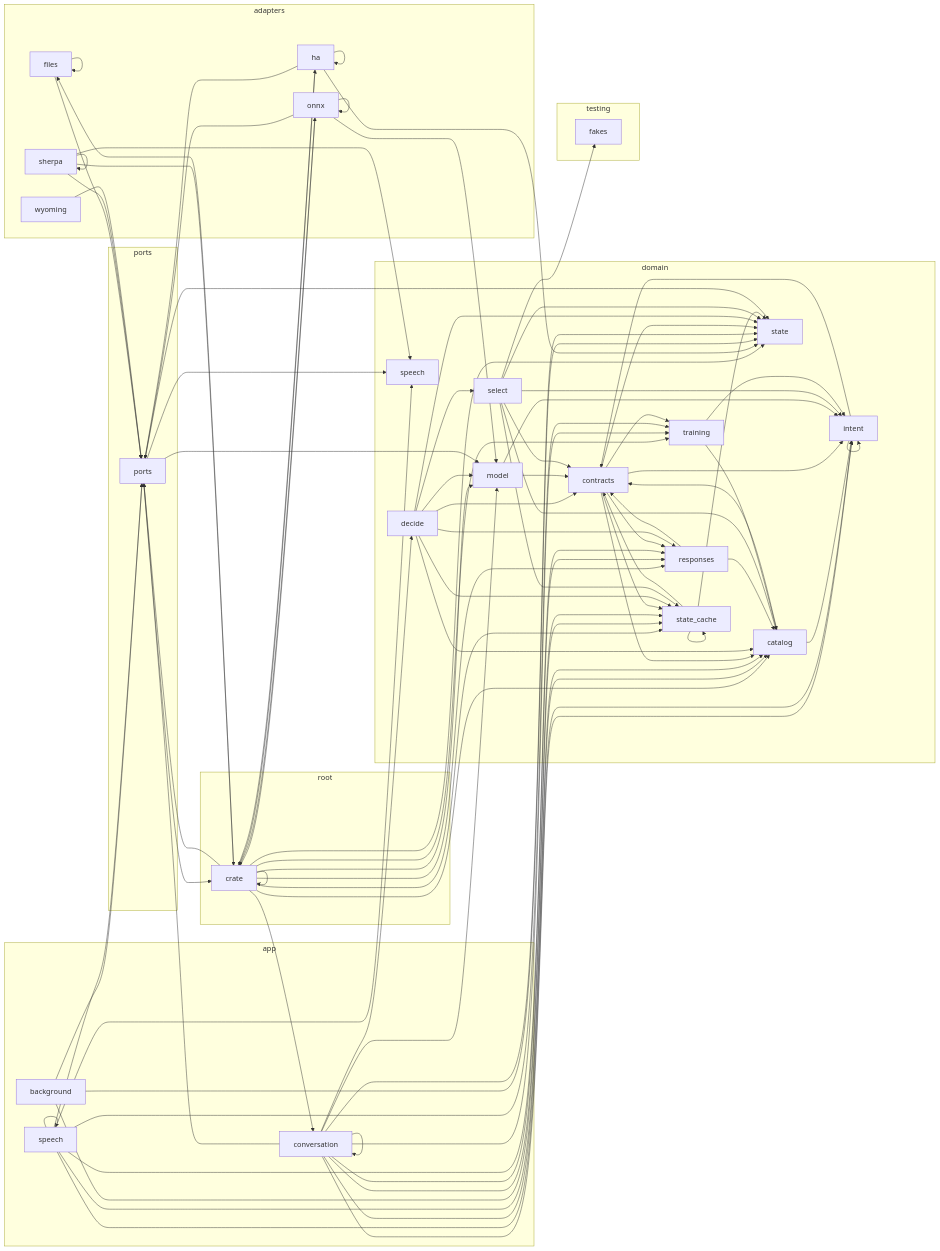
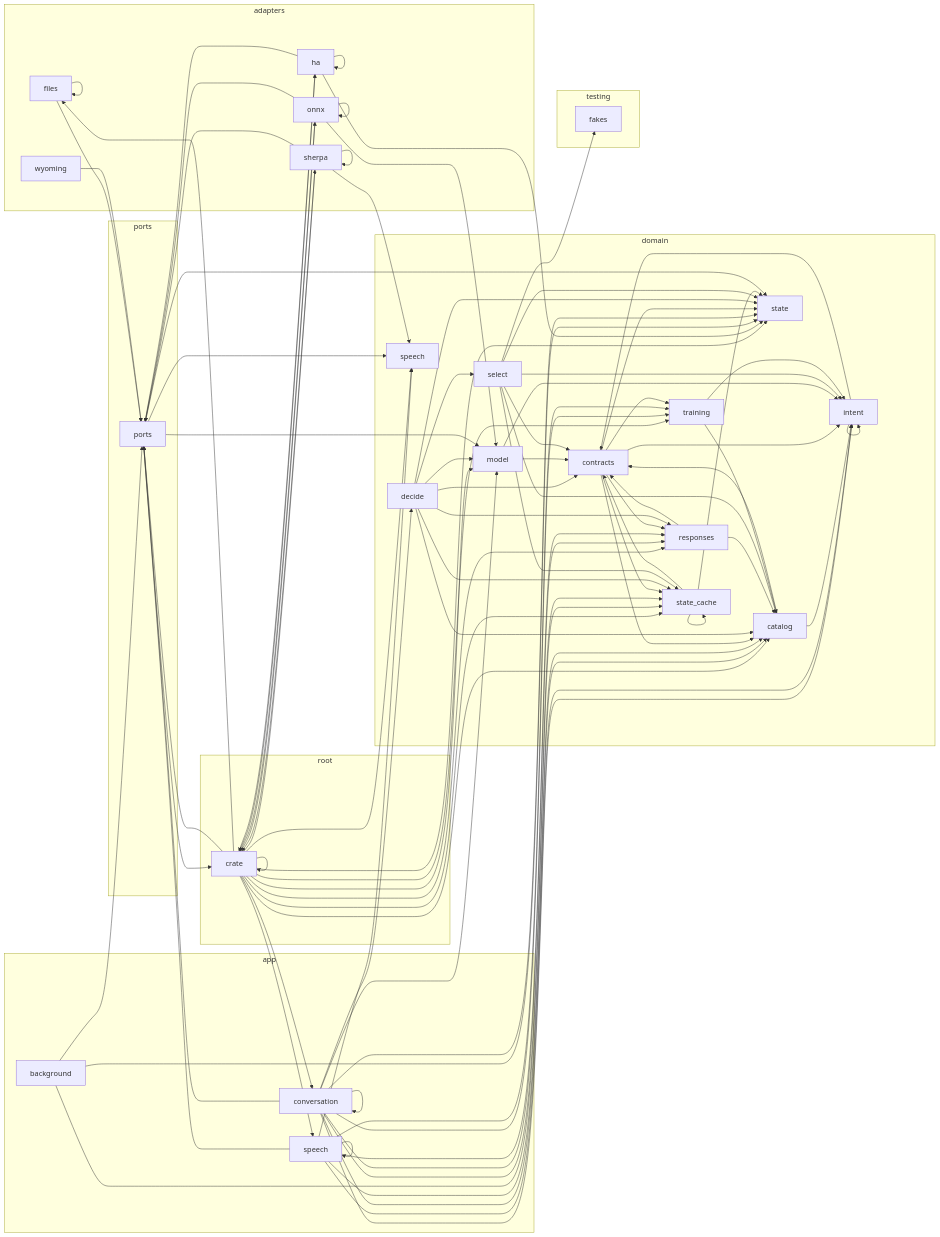
Before and after one commit to louislang/ha-jarvis: the diagram in docs/architecture.md, drawn with Mermaid. The commit also changed 4 other files, not shown here.

```diff
--- a/docs/architecture.md
+++ b/docs/architecture.md
@@ -42,10 +42,13 @@
     crate --> crate_adapters_files
     crate --> crate_adapters_ha
     crate --> crate_adapters_onnx
+    crate --> crate_adapters_sherpa
     crate --> crate_app_conversation
+    crate --> crate_app_speech
     crate --> crate_domain_catalog
     crate --> crate_domain_model
     crate --> crate_domain_responses
+    crate --> crate_domain_speech
     crate --> crate_domain_state
     crate --> crate_domain_state_cache
     crate --> crate_domain_training
```
